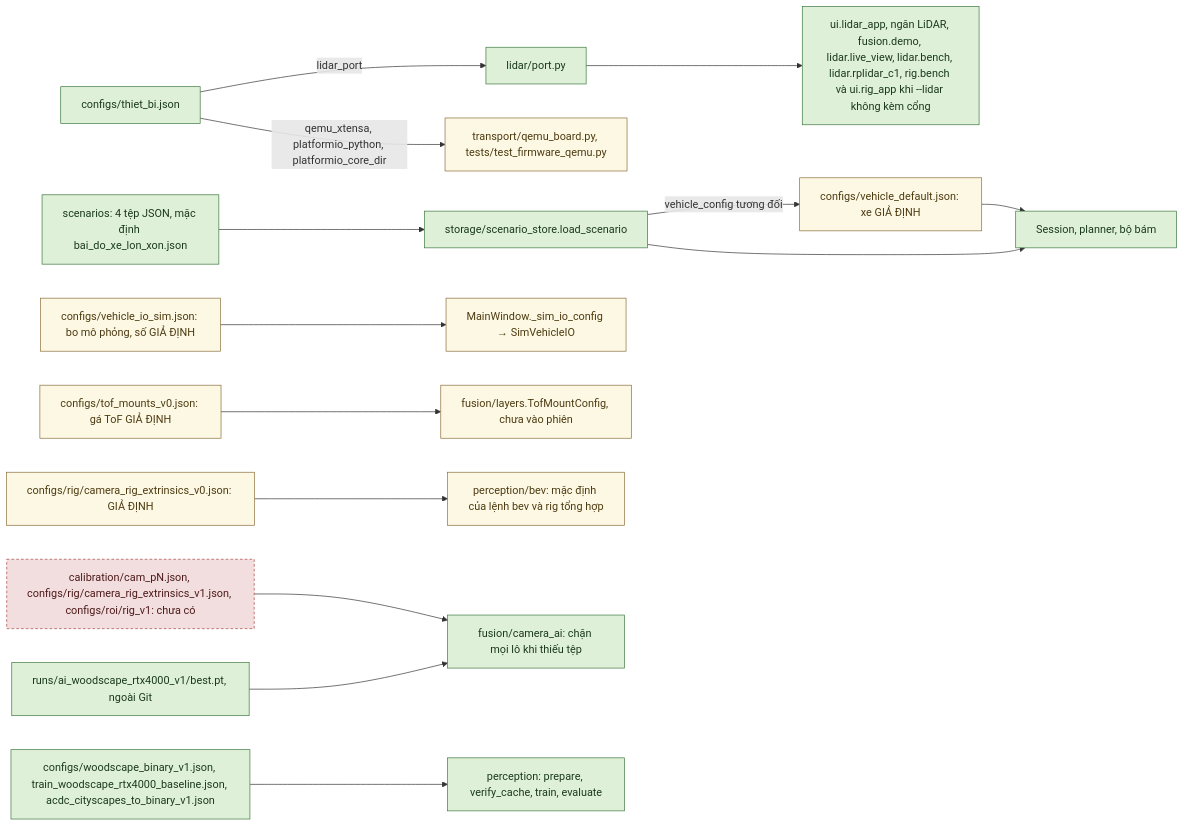
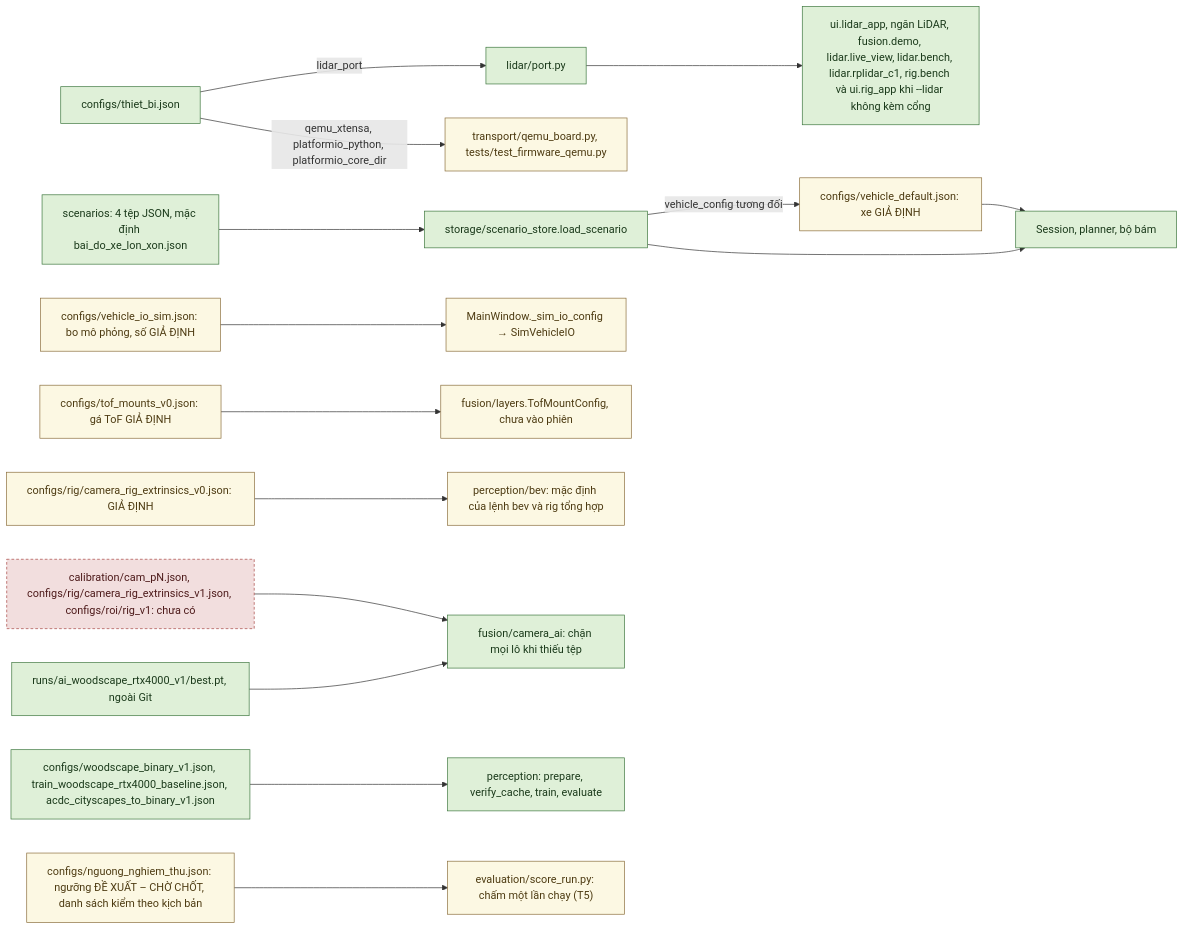
Diagram 11 of 49 in autopark/docs/SO_DO_HE_THONG.md (thbn12082/autopark), drawn with Mermaid before and after one commit. The commit also changed other lines of this file and 82 other files, not shown here.

````diff
--- a/autopark/docs/SO_DO_HE_THONG.md
+++ b/autopark/docs/SO_DO_HE_THONG.md
@@ -592,22 +671,23 @@
 ```mermaid
 flowchart LR
     TB["configs/thiet_bi.json"] -->|lidar_port| LP["lidar/port.py"]
     LP --> LUSE["ui.lidar_app, ngăn LiDAR, fusion.demo, lidar.live_view, lidar.bench, lidar.rplidar_c1, rig.bench và ui.rig_app khi --lidar không kèm cổng"]
     TB -->|qemu_xtensa, platformio_python, platformio_core_dir| QB["transport/qemu_board.py, tests/test_firmware_qemu.py"]
     SCN["scenarios: 4 tệp JSON, mặc định bai_do_xe_lon_xon.json"] --> SS["storage/scenario_store.load_scenario"]
     SS -->|vehicle_config tương đối| VD["configs/vehicle_default.json: xe GIẢ ĐỊNH"]
     VD --> SES["Session, planner, bộ bám"]
     SS --> SES
     VIS["configs/vehicle_io_sim.json: bo mô phỏng, số GIẢ ĐỊNH"] --> MW["MainWindow._sim_io_config → SimVehicleIO"]
     TOF["configs/tof_mounts_v0.json: gá ToF GIẢ ĐỊNH"] --> FL["fusion/layers.TofMountConfig, chưa vào phiên"]
     R0["configs/rig/camera_rig_extrinsics_v0.json: GIẢ ĐỊNH"] --> BEV["perception/bev: mặc định của lệnh bev và rig tổng hợp"]
     CAL["calibration/cam_pN.json, configs/rig/camera_rig_extrinsics_v1.json, configs/roi/rig_v1: chưa có"] --> CAI["fusion/camera_ai: chặn mọi lô khi thiếu tệp"]
     CK["runs/ai_woodscape_rtx4000_v1/best.pt, ngoài Git"] --> CAI
     TR["configs/woodscape_binary_v1.json, train_woodscape_rtx4000_baseline.json, acdc_cityscapes_to_binary_v1.json"] --> PER["perception: prepare, verify_cache, train, evaluate"]
+    NG["configs/nguong_nghiem_thu.json: ngưỡng ĐỀ XUẤT – CHỜ CHỐT, danh sách kiểm theo kịch bản"] --> SR["evaluation/score_run.py: chấm một lần chạy (T5)"]
     classDef daco fill:#dff0d8,stroke:#3c763d,color:#1b3a1b
     classDef giaLap fill:#fcf8e3,stroke:#8a6d3b,color:#4d3b12
     classDef chuaLam fill:#f2dede,stroke:#a94442,color:#4d1a1a,stroke-dasharray: 4 3
     class TB,LP,LUSE,SCN,SS,SES,CK,TR,PER,CAI daco
-    class VD,VIS,MW,TOF,FL,R0,BEV,QB giaLap
+    class VD,VIS,MW,TOF,FL,R0,BEV,QB,NG,SR giaLap
     class CAL chuaLam
 ```
````
